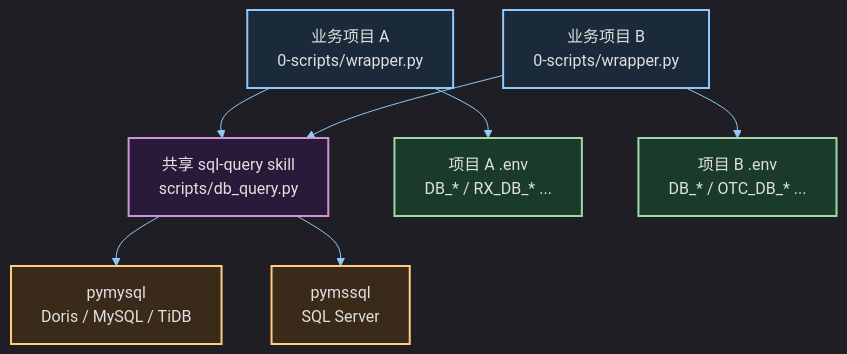
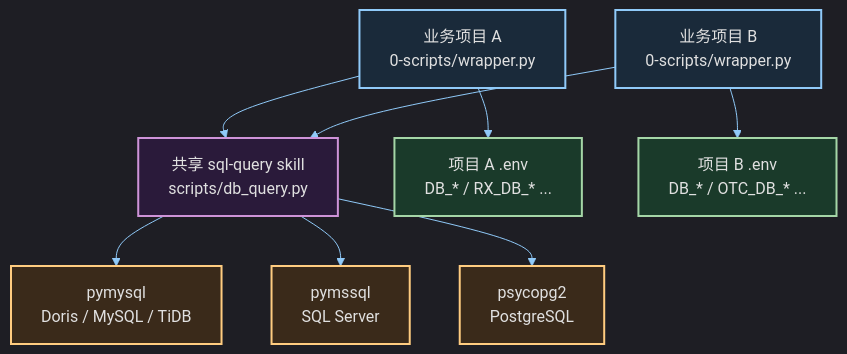
The first of 2 diagrams in README.md (yeyangchen2009/sql-query), drawn with Mermaid before and after one commit. The commit also changed other lines of this file and 2 other files, not shown here.

First line of the commit message:
feat: 新增 PostgreSQL 支持 (psycopg2 驱动) (#1)

````diff
--- a/README.md
+++ b/README.md
@@ -54,18 +54,20 @@
 ```mermaid
 %%{init: {"theme":"dark","themeVariables":{"primaryColor":"#1a2a3a","primaryBorderColor":"#90caf9","primaryTextColor":"#e0e0e0","lineColor":"#90caf9","secondaryColor":"#1a3a2a","tertiaryColor":"#2a1a3a","actorBkg":"#1a2a3a","actorBorder":"#90caf9","actorTextColor":"#e0e0e0","activationBkgColor":"#1a3a2a","activationBorderColor":"#a5d6a7","signalColor":"#e0e0e0","signalTextColor":"#e0e0e0","noteBkgColor":"#3a2a1a","noteTextColor":"#e0e0e0"}}}%%
 flowchart TD
     A["业务项目 A<br/>0-scripts/wrapper.py"] --> S["共享 sql-query skill<br/>scripts/db_query.py"]
     B["业务项目 B<br/>0-scripts/wrapper.py"] --> S
     A --> EA["项目 A .env<br/>DB_* / RX_DB_* ..."]
     B --> EB["项目 B .env<br/>DB_* / OTC_DB_* ..."]
     S --> D1["pymysql<br/>Doris / MySQL / TiDB"]
     S --> D2["pymssql<br/>SQL Server"]
+    S --> D3["psycopg2<br/>PostgreSQL"]
 
     style A fill:#1a2a3a,stroke:#90caf9,stroke-width:2px,color:#e0e0e0
     style B fill:#1a2a3a,stroke:#90caf9,stroke-width:2px,color:#e0e0e0
     style S fill:#2a1a3a,stroke:#ce93d8,stroke-width:2px,color:#e0e0e0
     style EA fill:#1a3a2a,stroke:#a5d6a7,stroke-width:2px,color:#e0e0e0
     style EB fill:#1a3a2a,stroke:#a5d6a7,stroke-width:2px,color:#e0e0e0
     style D1 fill:#3a2a1a,stroke:#ffcc80,stroke-width:2px,color:#e0e0e0
     style D2 fill:#3a2a1a,stroke:#ffcc80,stroke-width:2px,color:#e0e0e0
+    style D3 fill:#3a2a1a,stroke:#ffcc80,stroke-width:2px,color:#e0e0e0
 ```
````
